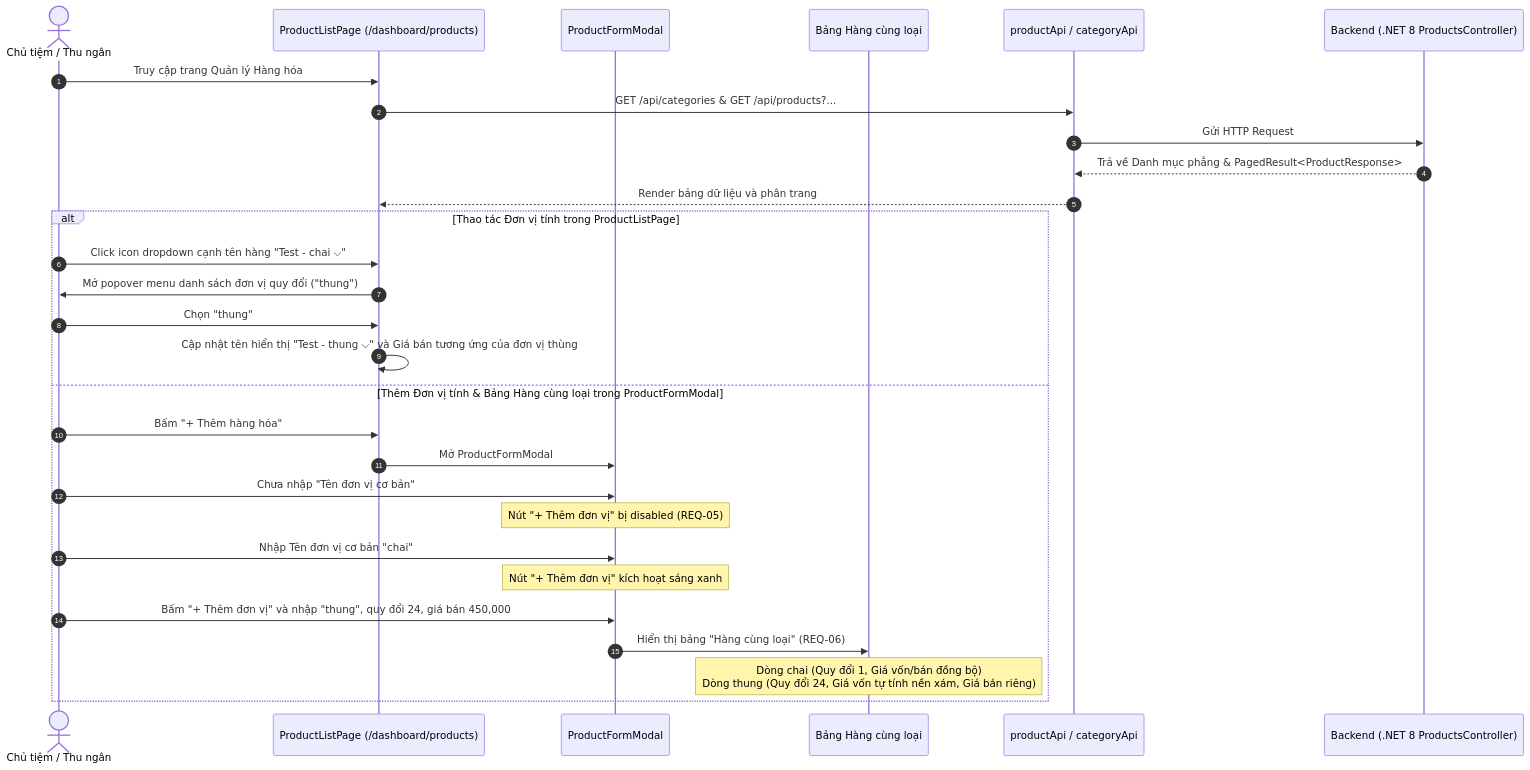
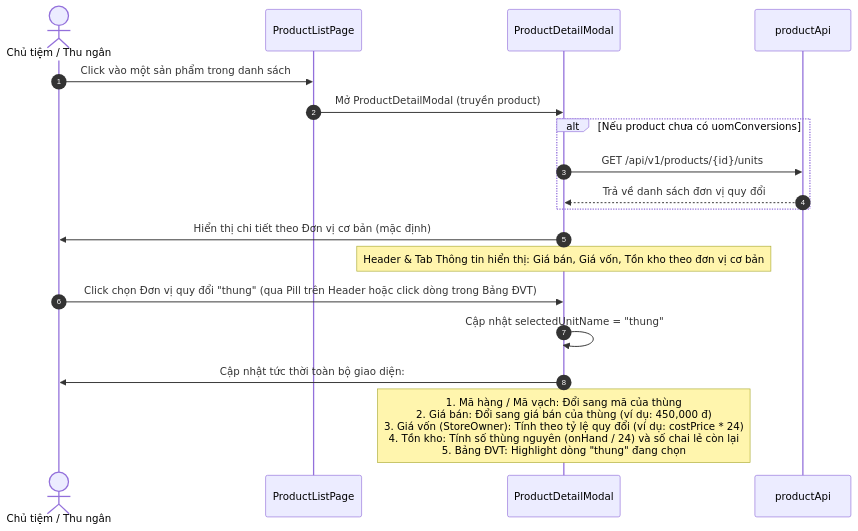
Before and after one commit to SEP490-G84-MTGRMS/ai-team-kit: the diagram in team-ai-knowledge/openspec/changes/product-management-ui/design-brief.md, drawn with Mermaid. The commit also changed other lines of this file and 1 other file, not shown here.

Commit message:
sep(product-management-ui): update design-brief.md

````diff
--- a/team-ai-knowledge/openspec/changes/product-management-ui/design-brief.md
+++ b/team-ai-knowledge/openspec/changes/product-management-ui/design-brief.md
@@ -6,33 +6,24 @@
 ```mermaid
 sequenceDiagram
     autonumber
     actor User as Chủ tiệm / Thu ngân
-    participant UI as ProductListPage (/dashboard/products)
-    participant Modal as ProductFormModal
-    participant Table as Bảng Hàng cùng loại
-    participant API as productApi / categoryApi
-    participant BE as Backend (.NET 8 ProductsController)
+    participant UI as ProductListPage
+    participant Modal as ProductDetailModal
+    participant API as productApi
 
-    User->>UI: Truy cập trang Quản lý Hàng hóa
-    UI->>API: GET /api/categories & GET /api/products?...
-    API->>BE: Gửi HTTP Request
-    BE-->>API: Trả về Danh mục phẳng & PagedResult<ProductResponse>
-    API-->>UI: Render bảng dữ liệu và phân trang
+    User->>UI: Click vào một sản phẩm trong danh sách
+    UI->>Modal: Mở ProductDetailModal (truyền product)
+    
+    alt Nếu product chưa có uomConversions
+        Modal->>API: GET /api/v1/products/{id}/units
+        API-->>Modal: Trả về danh sách đơn vị quy đổi
+    end
 
-    alt Thao tác Đơn vị tính trong ProductListPage
-        User->>UI: Click icon dropdown cạnh tên hàng "Test - chai ⌵"
-        UI->>User: Mở popover menu danh sách đơn vị quy đổi ("thung")
-        User->>UI: Chọn "thung"
-        UI->>UI: Cập nhật tên hiển thị "Test - thung ⌵" và Giá bán tương ứng của đơn vị thùng
-    else Thêm Đơn vị tính & Bảng Hàng cùng loại trong ProductFormModal
-        User->>UI: Bấm "+ Thêm hàng hóa"
-        UI->>Modal: Mở ProductFormModal
-        User->>Modal: Chưa nhập "Tên đơn vị cơ bản"
-        Note over Modal: Nút "+ Thêm đơn vị" bị disabled (REQ-05)
-        User->>Modal: Nhập Tên đơn vị cơ bản "chai"
-        Note over Modal: Nút "+ Thêm đơn vị" kích hoạt sáng xanh
-        User->>Modal: Bấm "+ Thêm đơn vị" và nhập "thung", quy đổi 24, giá bán 450,000
-        Modal->>Table: Hiển thị bảng "Hàng cùng loại" (REQ-06)
-        Note over Table: Dòng chai (Quy đổi 1, Giá vốn/bán đồng bộ)<br/>Dòng thung (Quy đổi 24, Giá vốn tự tính nền xám, Giá bán riêng)
-    end
+    Modal->>User: Hiển thị chi tiết theo Đơn vị cơ bản (mặc định)
+    Note over Modal: Header & Tab Thông tin hiển thị: Giá bán, Giá vốn, Tồn kho theo đơn vị cơ bản
+
+    User->>Modal: Click chọn Đơn vị quy đổi "thung" (qua Pill trên Header hoặc click dòng trong Bảng ĐVT)
+    Modal->>Modal: Cập nhật selectedUnitName = "thung"
+    Modal->>User: Cập nhật tức thời toàn bộ giao diện:
+    Note over Modal: 1. Mã hàng / Mã vạch: Đổi sang mã của thùng<br/>2. Giá bán: Đổi sang giá bán của thùng (ví dụ: 450,000 đ)<br/>3. Giá vốn (StoreOwner): Tính theo tỷ lệ quy đổi (ví dụ: costPrice * 24)<br/>4. Tồn kho: Tính số thùng nguyên (onHand / 24) và số chai lẻ còn lại<br/>5. Bảng ĐVT: Highlight dòng "thung" đang chọn
 ```
````
